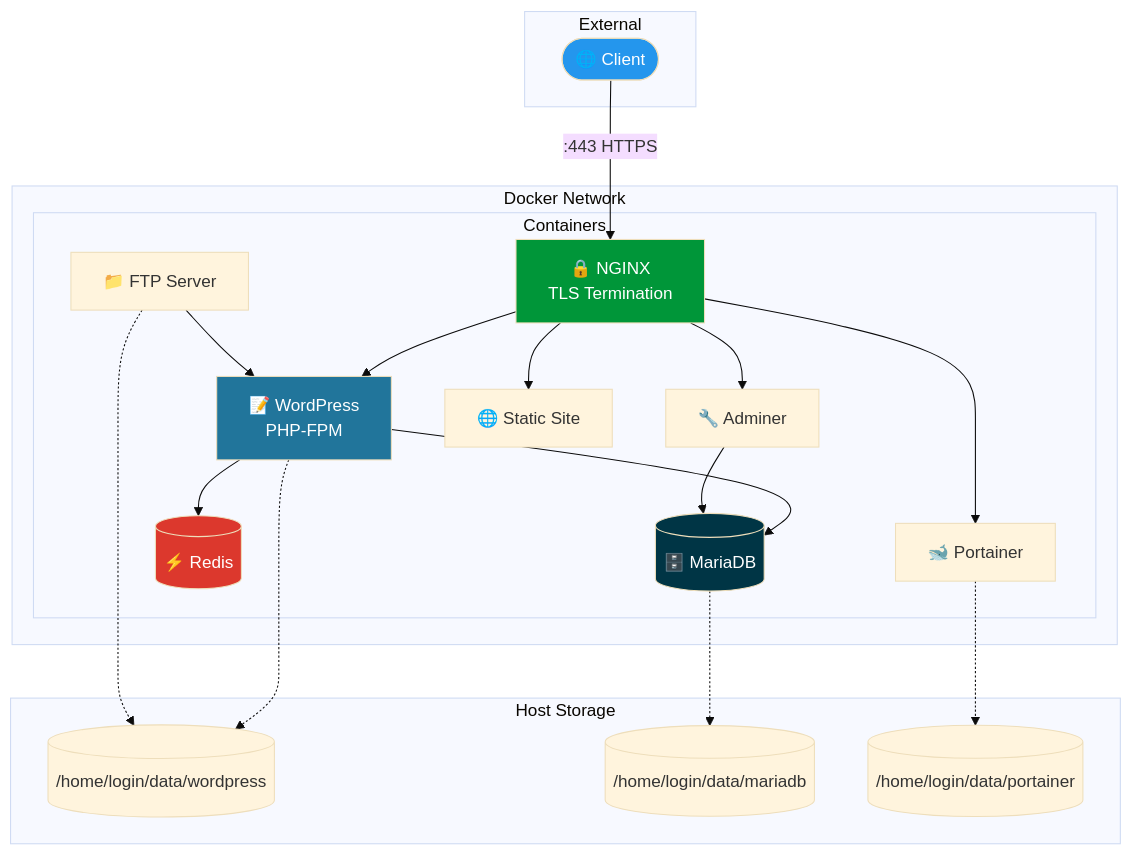
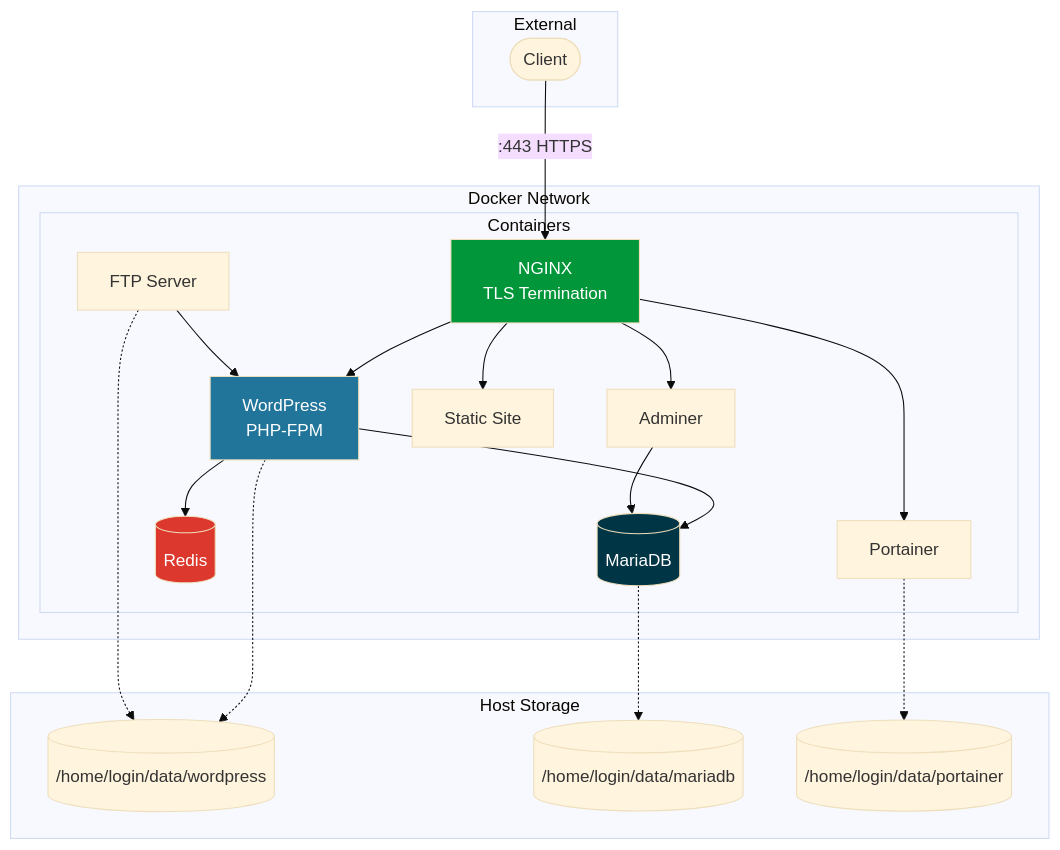
One commit to juansagaro/Inception changed the diagram in README.md. Above: the diagram before and after it, drawn with Mermaid (base theme). The commit also changed other lines of this file and 5 other files, not shown here.

````diff
--- a/README.md
+++ b/README.md
@@ -41,48 +32,47 @@
 ```mermaid
 graph TB
     subgraph External
-        Client([🌐 Client])
+        Client([Client])
     end
     
     subgraph Docker Network
         Client -->|:443 HTTPS| NGINX
         
         subgraph Containers
-            NGINX[🔒 NGINX<br/>TLS Termination]
-            WP[📝 WordPress<br/>PHP-FPM]
-            DB[(🗄️ MariaDB)]
-            REDIS[(⚡ Redis)]
-            ADM[🔧 Adminer]
-            FTP[📁 FTP Server]
-            PORT[🐋 Portainer]
-            STATIC[🌐 Static Site]
+            NGINX[NGINX<br/>TLS Termination]
+            WP[WordPress<br/>PHP-FPM]
+            DB[(MariaDB)]
+            REDIS[(Redis)]
+            ADM[Adminer]
+            FTP[FTP Server]
+            PORT[Portainer]
+            STATIC[Static Site]
         end
         
         NGINX --> WP
         NGINX --> ADM
         NGINX --> PORT
         NGINX --> STATIC
         
         WP --> DB
         WP --> REDIS
         ADM --> DB
         FTP --> WP
     end
     
     subgraph Host Storage
         VOL_WP[("/home/login/data/wordpress")]
         VOL_DB[("/home/login/data/mariadb")]
         VOL_PORT[("/home/login/data/portainer")]
     end
     
     WP -.-> VOL_WP
     DB -.-> VOL_DB
     PORT -.-> VOL_PORT
     FTP -.-> VOL_WP
 
     style NGINX fill:#009639,color:#fff
     style WP fill:#21759B,color:#fff
     style DB fill:#003545,color:#fff
     style REDIS fill:#DC382D,color:#fff
-    style Client fill:#2496ED,color:#fff
 ```
````
